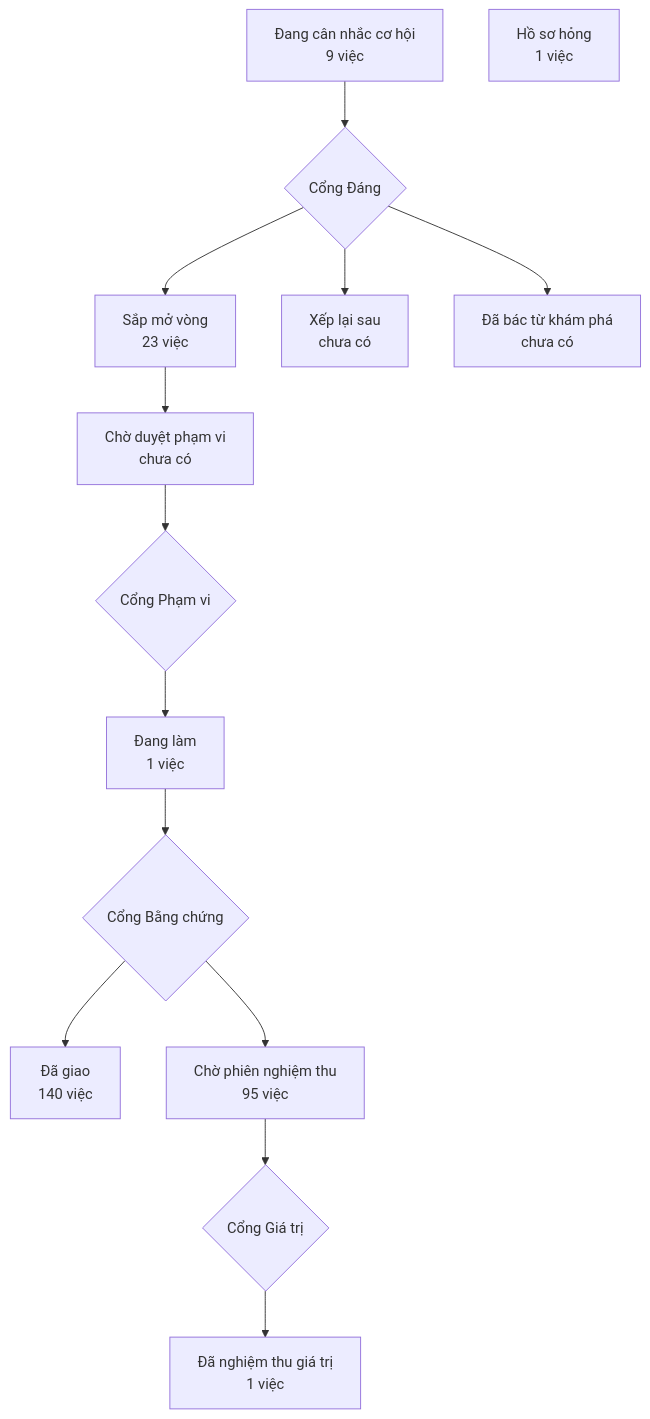
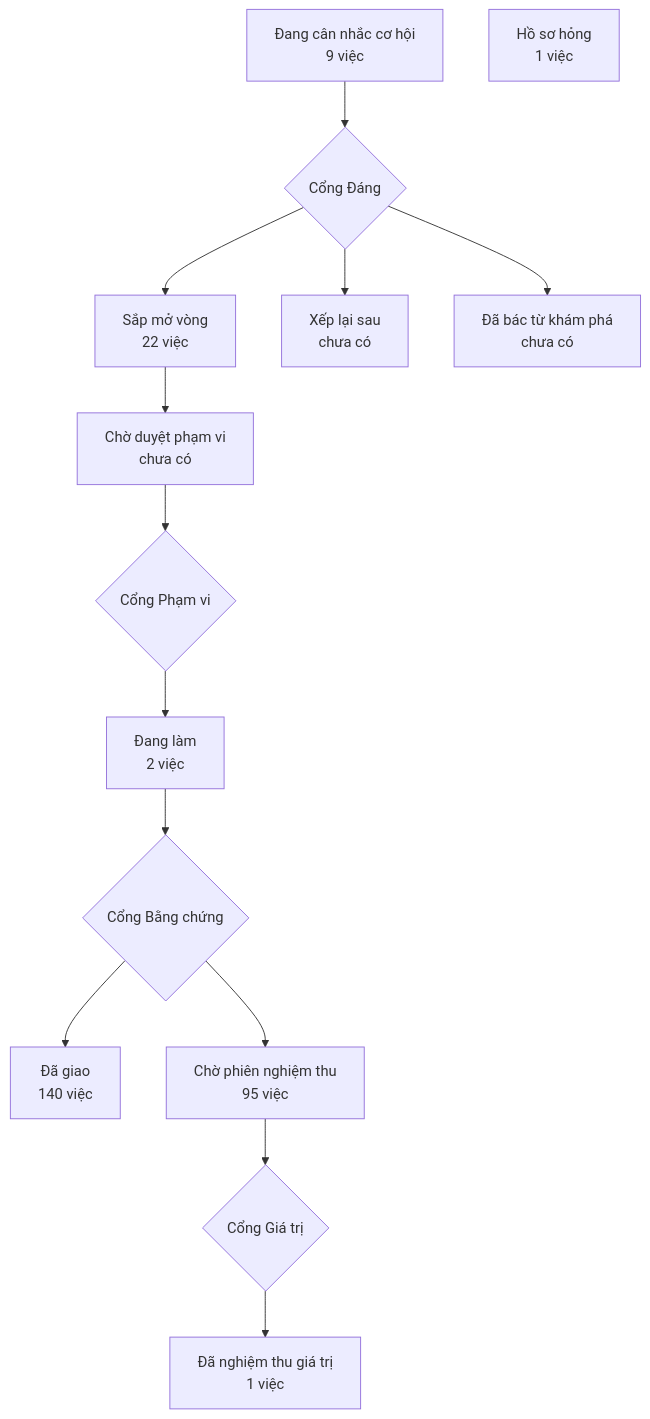
Before and after one commit to phanlemanh/crm-onehub: the diagram in PRODUCT-MAP.md, drawn with Mermaid. The commit also changed other lines of this file and 4 other files, not shown here.

````diff
--- a/PRODUCT-MAP.md
+++ b/PRODUCT-MAP.md
@@ -7,13 +7,13 @@
 ```mermaid
 flowchart TD
   A["Đang cân nhắc cơ hội<br/>9 việc"] --> GD{"Cổng Đáng"}
-  GD --> B["Sắp mở vòng<br/>23 việc"]
+  GD --> B["Sắp mở vòng<br/>22 việc"]
   GD --> XL["Xếp lại sau<br/>chưa có"]
   GD --> DB["Đã bác từ khám phá<br/>chưa có"]
   B --> CD["Chờ duyệt phạm vi<br/>chưa có"] --> GP{"Cổng Phạm vi"}
-  GP --> DL["Đang làm<br/>1 việc"] --> GB{"Cổng Bằng chứng"}
+  GP --> DL["Đang làm<br/>2 việc"] --> GB{"Cổng Bằng chứng"}
   GB --> DG["Đã giao<br/>140 việc"]
   GB --> CN["Chờ phiên nghiệm thu<br/>95 việc"] --> GG{"Cổng Giá trị"}
   GG --> NT["Đã nghiệm thu giá trị<br/>1 việc"]
   HS["Hồ sơ hỏng<br/>1 việc"]
 ```
````
